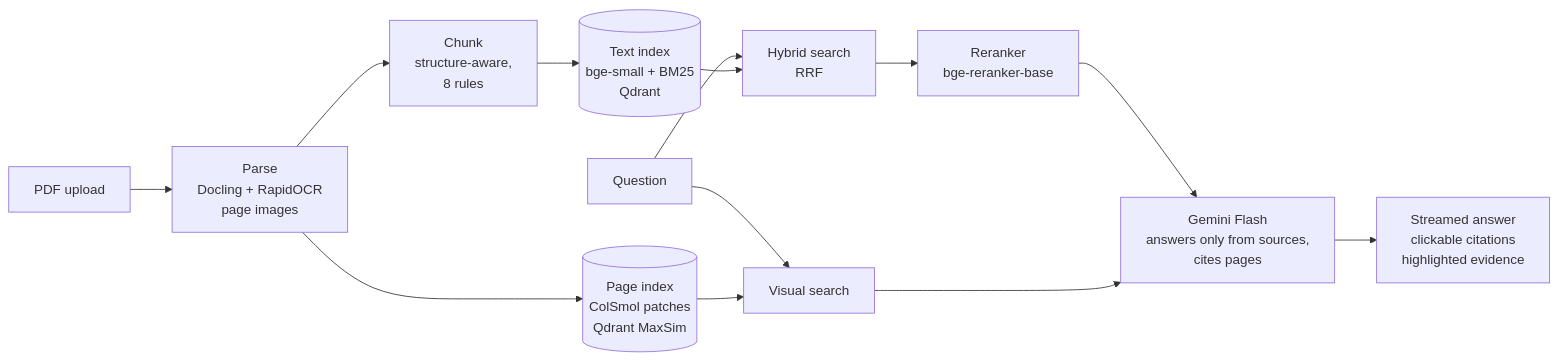
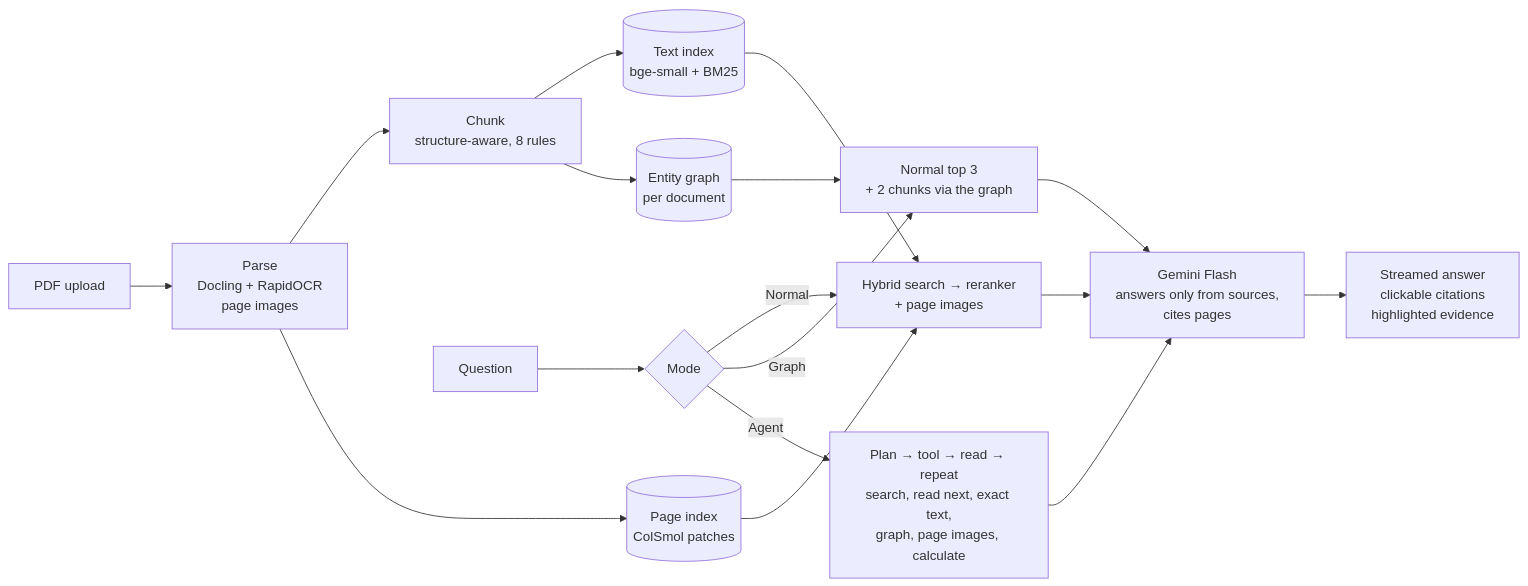
Before and after one commit to ayeshamemon/docai: the diagram in README.md, drawn with Mermaid. The commit also changed other lines of this file and 17 other files, not shown here.

Commit message:
Add agent mode, query decomposition, evaluation results, landing page, notes and README

````diff
--- a/README.md
+++ b/README.md
@@ -33,14 +39,19 @@
 ```mermaid
 flowchart LR
     PDF[PDF upload] --> P[Parse<br/>Docling + RapidOCR<br/>page images]
-    P --> C[Chunk<br/>structure-aware,<br/>8 rules]
-    C --> I1[(Text index<br/>bge-small + BM25<br/>Qdrant)]
-    P --> I2[(Page index<br/>ColSmol patches<br/>Qdrant MaxSim)]
-    Q[Question] --> R1[Hybrid search<br/>RRF] --> R2[Reranker<br/>bge-reranker-base]
-    Q --> V[Visual search]
-    I1 --> R1
-    I2 --> V
-    R2 --> G[Gemini Flash<br/>answers only from sources,<br/>cites pages]
-    V --> G
+    P --> C[Chunk<br/>structure-aware, 8 rules]
+    C --> I1[(Text index<br/>bge-small + BM25)]
+    P --> I2[(Page index<br/>ColSmol patches)]
+    C --> KG[(Entity graph<br/>per document)]
+    Q[Question] --> M{Mode}
+    M -->|Normal| R[Hybrid search → reranker<br/>+ page images]
+    M -->|Graph| GR[Normal top 3<br/>+ 2 chunks via the graph]
+    M -->|Agent| A[Plan → tool → read → repeat<br/>search, read next, exact text,<br/>graph, page images, calculate]
+    I1 --> R
+    I2 --> R
+    KG --> GR
+    R --> G[Gemini Flash<br/>answers only from sources,<br/>cites pages]
+    GR --> G
+    A --> G
     G --> UI[Streamed answer<br/>clickable citations<br/>highlighted evidence]
 ```
````
